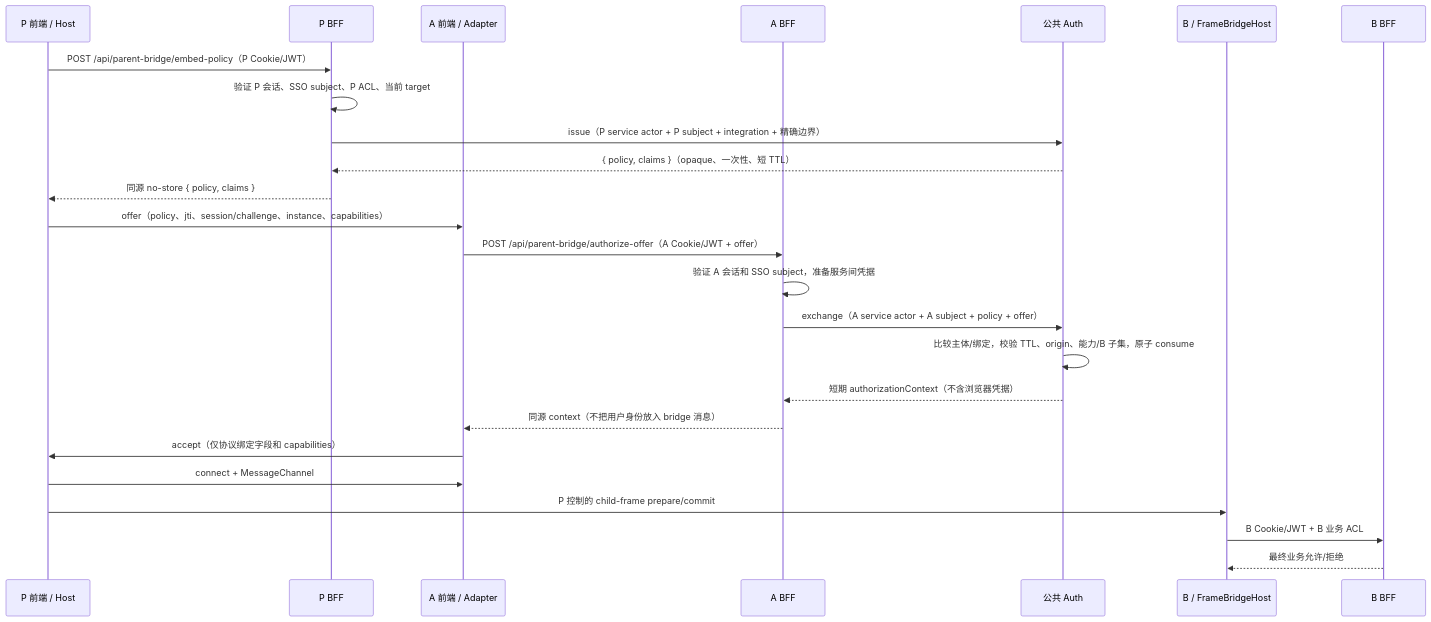
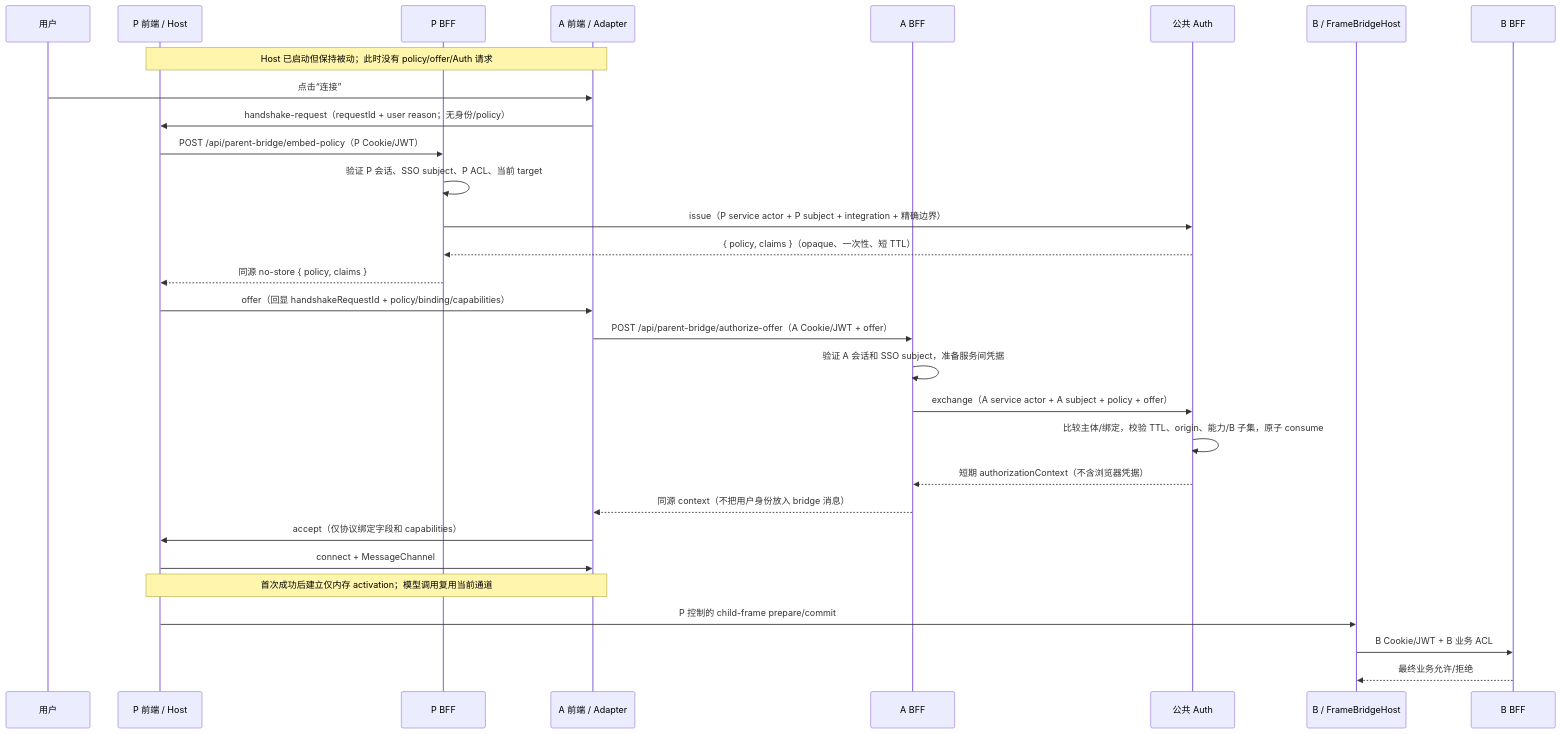
One commit to JohnParken/page-agent changed the second of 2 diagrams in docs/parent-bridge-auth-architecture.zh-CN.md. Above: the diagram before and after it, drawn with Mermaid. The commit also changed other lines of this file and 34 other files, not shown here.

````diff
--- a/docs/parent-bridge-auth-architecture.zh-CN.md
+++ b/docs/parent-bridge-auth-architecture.zh-CN.md
@@ -105,28 +120,33 @@
 ```mermaid
 sequenceDiagram
+	participant U as 用户
     participant P as P 前端 / Host
     participant PB as P BFF
     participant A as A 前端 / Adapter
     participant AB as A BFF
     participant X as 公共 Auth
     participant B as B / FrameBridgeHost
     participant BB as B BFF
 
+    Note over P,A: Host 已启动但保持被动；此时没有 policy/offer/Auth 请求
+    U->>A: 点击“连接”
+    A->>P: handshake-request（requestId + user reason；无身份/policy）
     P->>PB: POST /api/parent-bridge/embed-policy（P Cookie/JWT）
     PB->>PB: 验证 P 会话、SSO subject、P ACL、当前 target
     PB->>X: issue（P service actor + P subject + integration + 精确边界）
     X-->>PB: { policy, claims }（opaque、一次性、短 TTL）
     PB-->>P: 同源 no-store { policy, claims }
-    P->>A: offer（policy、jti、session/challenge、instance、capabilities）
+    P->>A: offer（回显 handshakeRequestId + policy/binding/capabilities）
     A->>AB: POST /api/parent-bridge/authorize-offer（A Cookie/JWT + offer）
     AB->>AB: 验证 A 会话和 SSO subject，准备服务间凭据
     AB->>X: exchange（A service actor + A subject + policy + offer）
     X->>X: 比较主体/绑定，校验 TTL、origin、能力/B 子集，原子 consume
     X-->>AB: 短期 authorizationContext（不含浏览器凭据）
     AB-->>A: 同源 context（不把用户身份放入 bridge 消息）
     A->>P: accept（仅协议绑定字段和 capabilities）
     P->>A: connect + MessageChannel
+    Note over P,A: 首次成功后建立仅内存 activation；模型调用复用当前通道
     P->>B: P 控制的 child-frame prepare/commit
     B->>BB: B Cookie/JWT + B 业务 ACL
     BB-->>B: 最终业务允许/拒绝
 ```
````
